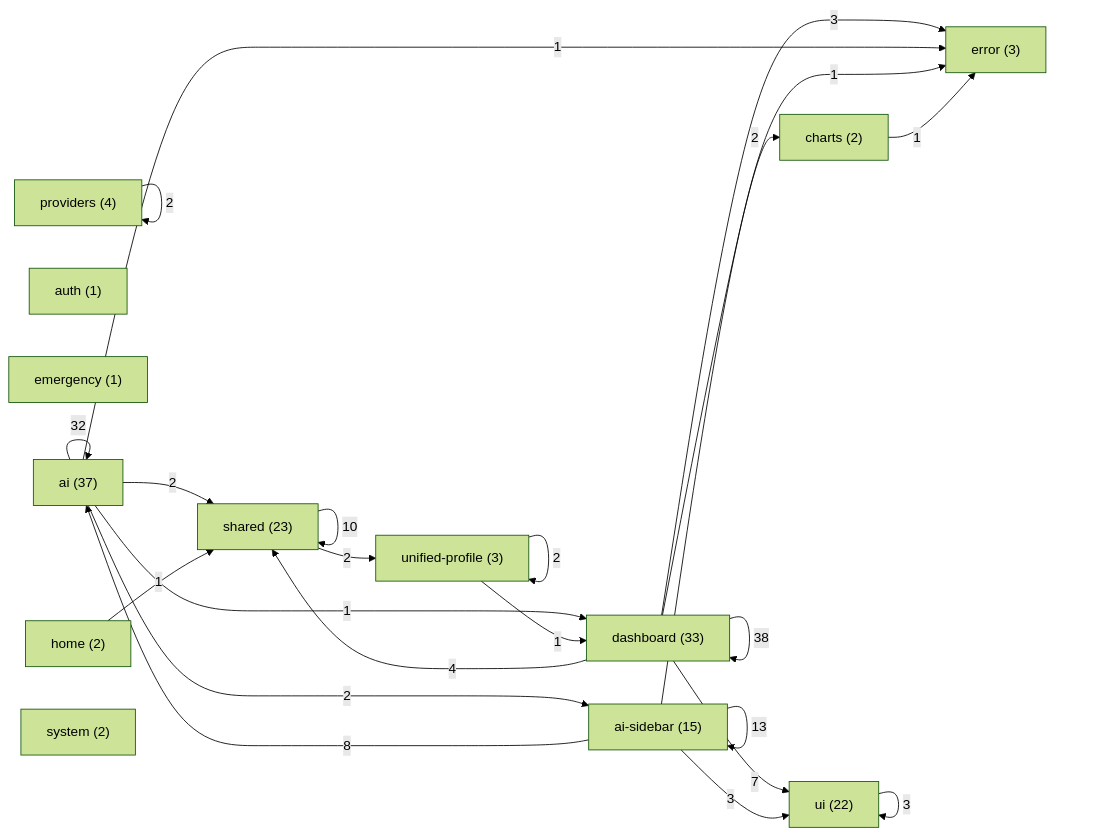
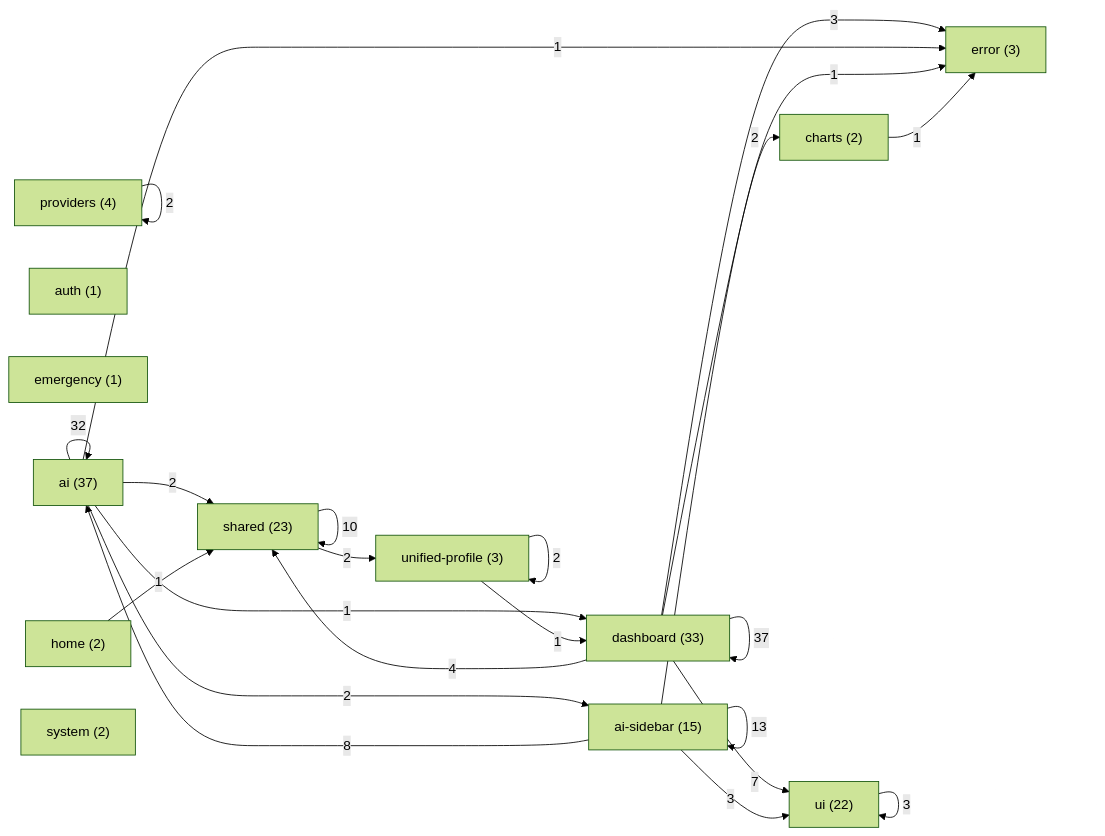
One commit to skyasu2/openmanager-ai changed the diagram in docs/reference/architecture/system/component-dependency-map.md. Above: the diagram before and after it, drawn with Mermaid (forest theme). The commit also changed other lines of this file and 3 other files, not shown here.

````diff
--- a/docs/reference/architecture/system/component-dependency-map.md
+++ b/docs/reference/architecture/system/component-dependency-map.md
@@ -66,38 +66,38 @@
 ```mermaid
 flowchart LR
   d0["ai (37)"]
   d1["ai-sidebar (15)"]
   d2["auth (1)"]
   d3["charts (2)"]
   d4["dashboard (33)"]
   d5["emergency (1)"]
   d6["error (3)"]
   d7["home (2)"]
   d8["providers (4)"]
   d9["shared (23)"]
   d10["system (2)"]
   d11["ui (22)"]
   d12["unified-profile (3)"]
-  d4 -->|38| d4
+  d4 -->|37| d4
   d0 -->|32| d0
   d1 -->|13| d1
   d9 -->|10| d9
   d1 -->|8| d0
   d4 -->|7| d11
   d4 -->|4| d9
   d1 -->|3| d11
   d4 -->|3| d6
   d11 -->|3| d11
   d0 -->|2| d1
   d0 -->|2| d9
   d4 -->|2| d3
   d8 -->|2| d8
   d9 -->|2| d12
   d12 -->|2| d12
   d0 -->|1| d4
   d0 -->|1| d6
   d1 -->|1| d6
   d3 -->|1| d6
   d7 -->|1| d9
   d12 -->|1| d4
 ```
````
